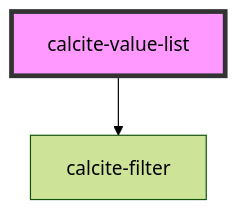
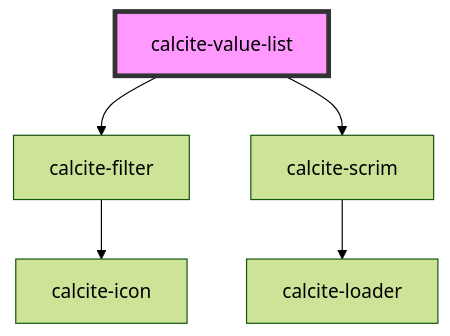
Before and after one commit to Esri/calcite-design-system: the diagram in src/components/calcite-value-list/readme.md, drawn with Mermaid (forest theme). The commit also changed other lines of this file and 27 other files, not shown here.

````diff
--- a/src/components/calcite-value-list/readme.md
+++ b/src/components/calcite-value-list/readme.md
@@ -144,5 +145,8 @@
 ```mermaid
 graph TD;
   calcite-value-list --> calcite-filter
+  calcite-value-list --> calcite-scrim
+  calcite-filter --> calcite-icon
+  calcite-scrim --> calcite-loader
   style calcite-value-list fill:#f9f,stroke:#333,stroke-width:4px
 ```
````
